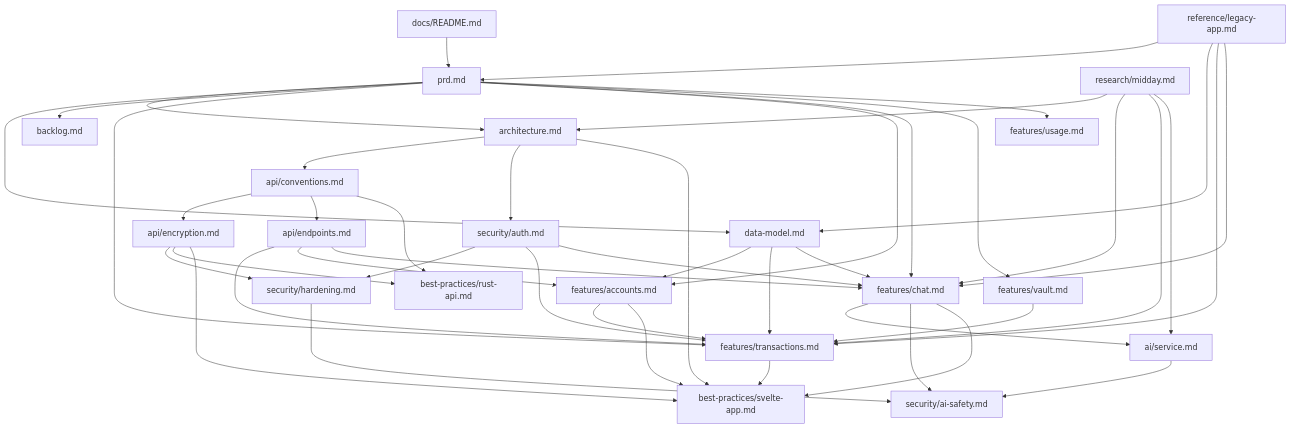
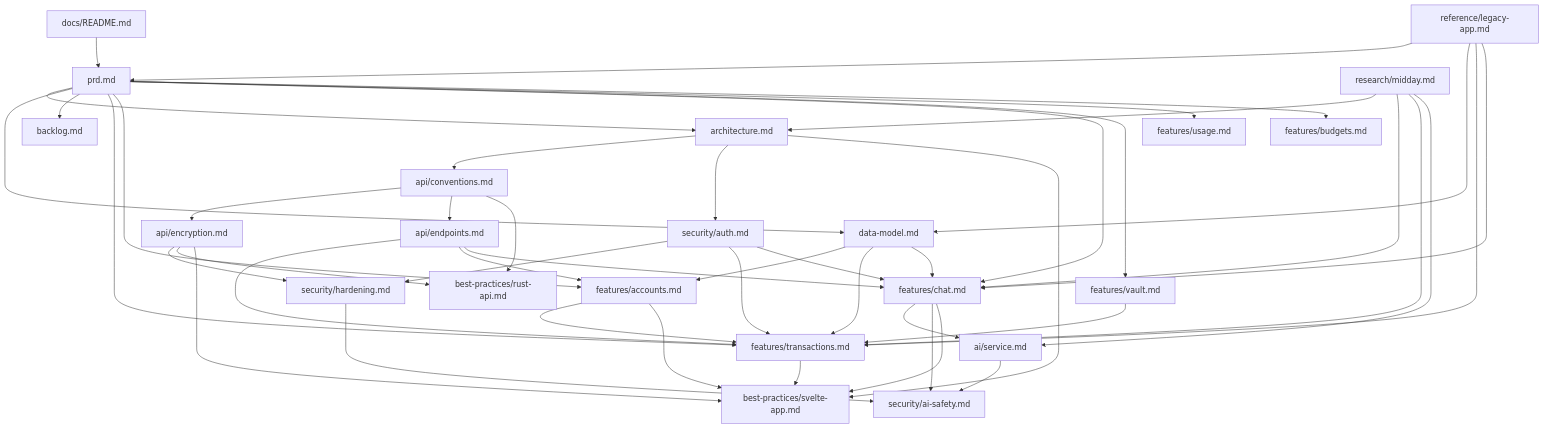
The diagram in docs/README.md (lazlanrafar/oewang), drawn with Mermaid before and after one commit. The commit also changed other lines of this file and 61 other files, not shown here.

````diff
--- a/docs/README.md
+++ b/docs/README.md
@@ -33,47 +34,48 @@
 ```mermaid
 flowchart TD
     README["docs/README.md"] --> PRD["prd.md"]
     PRD --> ARCH["architecture.md"]
     PRD --> DM["data-model.md"]
     PRD --> BACKLOG["backlog.md"]
     ARCH --> CONV["api/conventions.md"]
     CONV --> ENC["api/encryption.md"]
     CONV --> EP["api/endpoints.md"]
     ARCH --> AUTH["security/auth.md"]
     AUTH --> HARD["security/hardening.md"]
     ENC --> HARD
     PRD --> TXN["features/transactions.md"]
     PRD --> ACC["features/accounts.md"]
     PRD --> CHAT["features/chat.md"]
     PRD --> VAULT["features/vault.md"]
     PRD --> USAGE["features/usage.md"]
+    PRD --> BUDGETS["features/budgets.md"]
     VAULT --> TXN
     CHAT --> AI["ai/service.md"]
     CHAT --> SAFE["security/ai-safety.md"]
     AI --> SAFE
     HARD --> SAFE
     EP --> TXN
     EP --> ACC
     ACC --> TXN
     DM --> ACC
     ACC --> SVELTE
     EP --> CHAT
     AUTH --> TXN
     AUTH --> CHAT
     DM --> TXN
     DM --> CHAT
     CONV --> RUST["best-practices/rust-api.md"]
     ENC --> RUST
     ARCH --> SVELTE["best-practices/svelte-app.md"]
     ENC --> SVELTE
     TXN --> SVELTE
     CHAT --> SVELTE
     LEGACY["reference/legacy-app.md"] --> PRD
     LEGACY --> DM
     LEGACY --> TXN
     LEGACY --> CHAT
     MIDDAY["research/midday.md"] --> ARCH
     MIDDAY --> CHAT
     MIDDAY --> TXN
     MIDDAY --> AI
 ```
````
